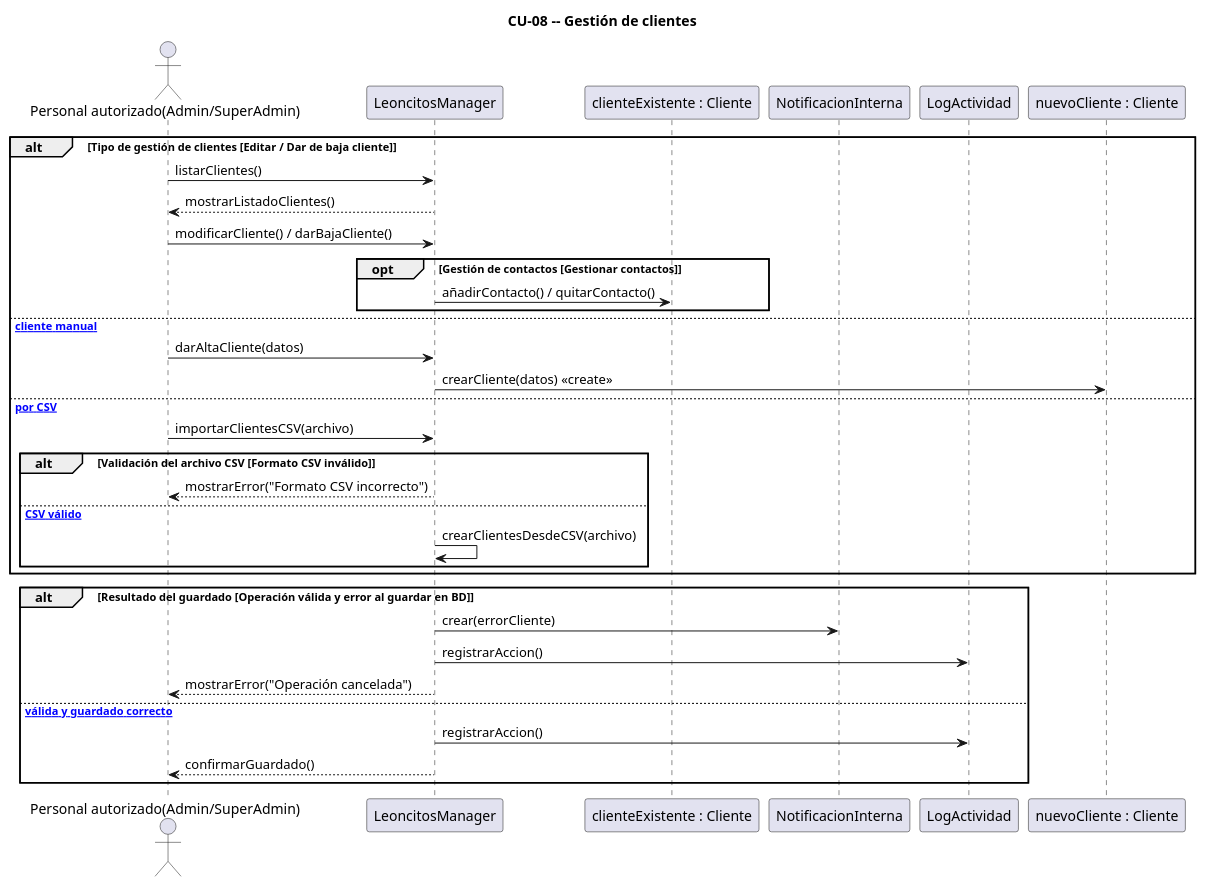
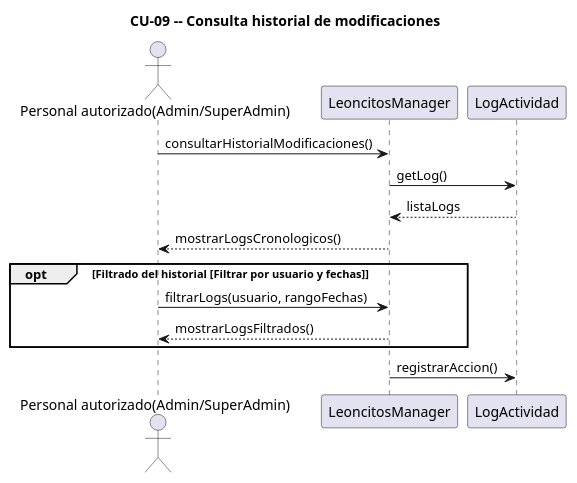
One commit to 13danilopez/Proyecto-ADAP-Leoncitos changed the diagram in Entrega2/diagramas/secuencias/CU-09.puml. Above: the diagram before and after it, drawn with PlantUML. The commit also changed 17 other files, not shown here.

Commit message:
exportanciones a .png de los diagramas .puml, fix de CU-09.puml, retirados diagramas de secuencia en formato .mdj, documentacion de diagramas de secuencia diagramas_secuencia.md completado, y actualizacion de informe.md

```diff
--- a/Entrega2/diagramas/secuencias/CU-09.puml
+++ b/Entrega2/diagramas/secuencias/CU-09.puml
@@ -1,39 +1,20 @@
 @startuml
-title CU-08 -- Gestión de clientes
+title CU-09 -- Consulta historial de modificaciones
 
 actor "Personal autorizado(Admin/SuperAdmin)"
 participant "LeoncitosManager"
-participant "clienteExistente : Cliente"
-participant "NotificacionInterna"
 participant "LogActividad"
-participant "nuevoCliente : Cliente"
 
-alt Tipo de gestión de clientes [Editar / Dar de baja cliente]
-    "Personal autorizado(Admin/SuperAdmin)" -> "LeoncitosManager" : listarClientes()
-    "LeoncitosManager" --> "Personal autorizado(Admin/SuperAdmin)" : mostrarListadoClientes()
-    "Personal autorizado(Admin/SuperAdmin)" -> "LeoncitosManager" : modificarCliente() / darBajaCliente()
-    opt Gestión de contactos [Gestionar contactos]
-        "LeoncitosManager" -> "clienteExistente : Cliente" : añadirContacto() / quitarContacto()
-    end
-else [Crear cliente manual]
-    "Personal autorizado(Admin/SuperAdmin)" -> "LeoncitosManager" : darAltaCliente(datos)
-    "LeoncitosManager" -> "nuevoCliente : Cliente" : crearCliente(datos) <<create>>
-else [Importar por CSV]
-    "Personal autorizado(Admin/SuperAdmin)" -> "LeoncitosManager" : importarClientesCSV(archivo)
-    alt Validación del archivo CSV [Formato CSV inválido]
-        "LeoncitosManager" --> "Personal autorizado(Admin/SuperAdmin)" : mostrarError("Formato CSV incorrecto")
-    else [Formato CSV válido]
-        "LeoncitosManager" -> "LeoncitosManager" : crearClientesDesdeCSV(archivo)
-    end
+"Personal autorizado(Admin/SuperAdmin)" -> "LeoncitosManager" : consultarHistorialModificaciones()
+"LeoncitosManager" -> "LogActividad" : getLog()
+"LogActividad" --> "LeoncitosManager" : listaLogs
+"LeoncitosManager" --> "Personal autorizado(Admin/SuperAdmin)" : mostrarLogsCronologicos()
+
+opt Filtrado del historial [Filtrar por usuario y fechas]
+    "Personal autorizado(Admin/SuperAdmin)" -> "LeoncitosManager" : filtrarLogs(usuario, rangoFechas)
+    "LeoncitosManager" --> "Personal autorizado(Admin/SuperAdmin)" : mostrarLogsFiltrados()
 end
 
-alt Resultado del guardado [Operación válida y error al guardar en BD]
-    "LeoncitosManager" -> "NotificacionInterna" : crear(errorCliente)
-    "LeoncitosManager" -> "LogActividad" : registrarAccion()
-    "LeoncitosManager" --> "Personal autorizado(Admin/SuperAdmin)" : mostrarError("Operación cancelada")
-else [Operación válida y guardado correcto]
-    "LeoncitosManager" -> "LogActividad" : registrarAccion()
-    "LeoncitosManager" --> "Personal autorizado(Admin/SuperAdmin)" : confirmarGuardado()
-end
+"LeoncitosManager" -> "LogActividad" : registrarAccion()
 
 @enduml
```
